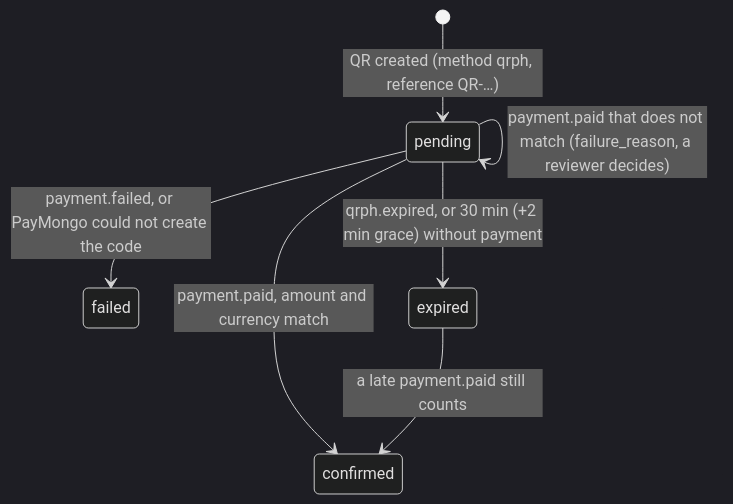
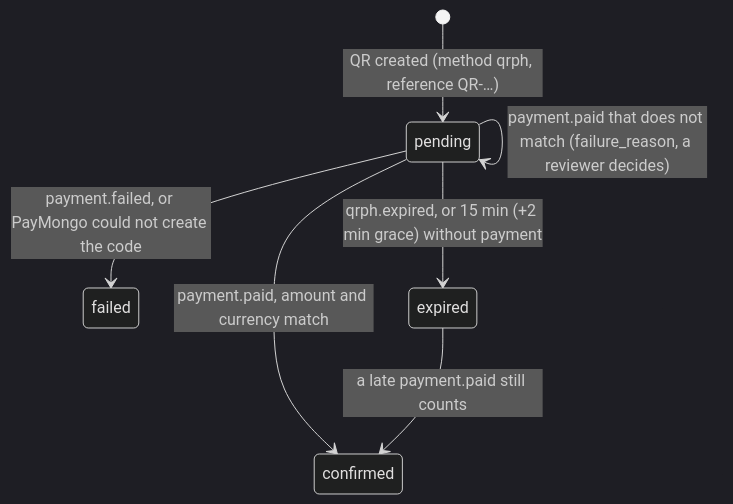
Before and after one commit to EarlCao/skillserve-web-root: the third of 3 diagrams in SkillServe-Vault/02 - Domain & Business Logic/Commission Tiers and Settlement.md, drawn with Mermaid (dark theme). The commit also changed other lines of this file and 6 other files, not shown here.

````diff
--- a/SkillServe-Vault/02 - Domain & Business Logic/Commission Tiers and Settlement.md
+++ b/SkillServe-Vault/02 - Domain & Business Logic/Commission Tiers and Settlement.md
@@ -140,9 +145,9 @@
 ```mermaid
 stateDiagram-v2
   [*] --> pending : QR created (method qrph, reference QR-…)
   pending --> confirmed : payment.paid, amount and currency match
   pending --> pending : payment.paid that does not match (failure_reason, a reviewer decides)
   pending --> failed : payment.failed, or PayMongo could not create the code
-  pending --> expired : qrph.expired, or 30 min (+2 min grace) without payment
+  pending --> expired : qrph.expired, or 15 min (+2 min grace) without payment
   expired --> confirmed : a late payment.paid still counts
 ```
````
